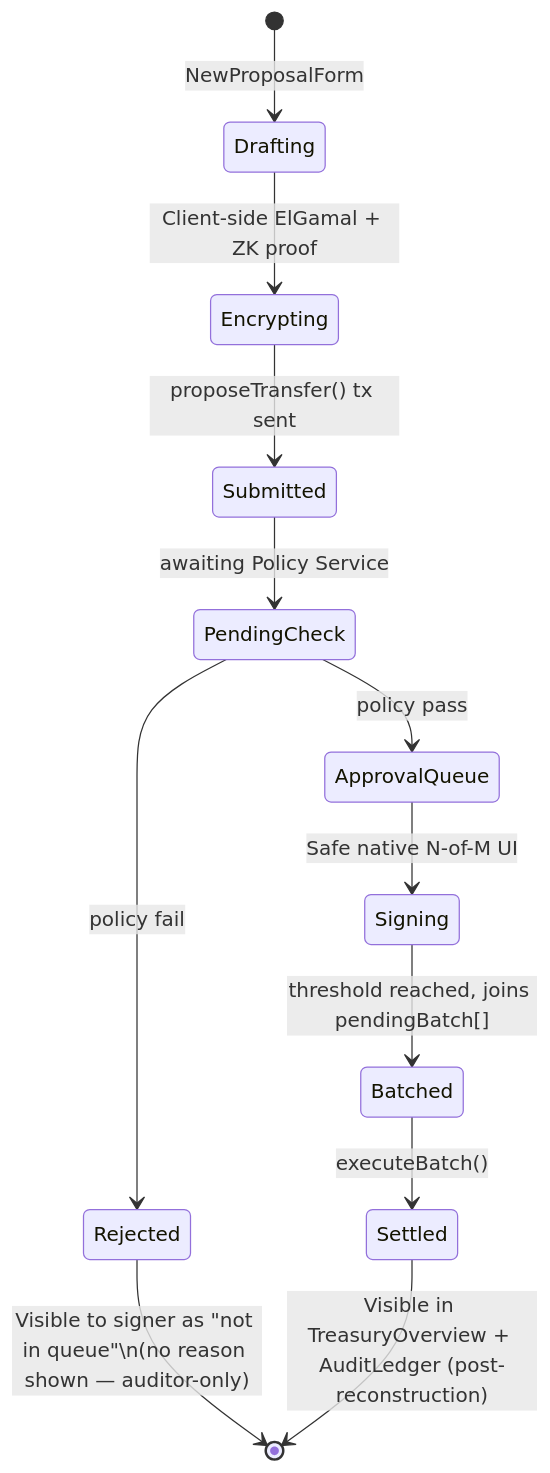
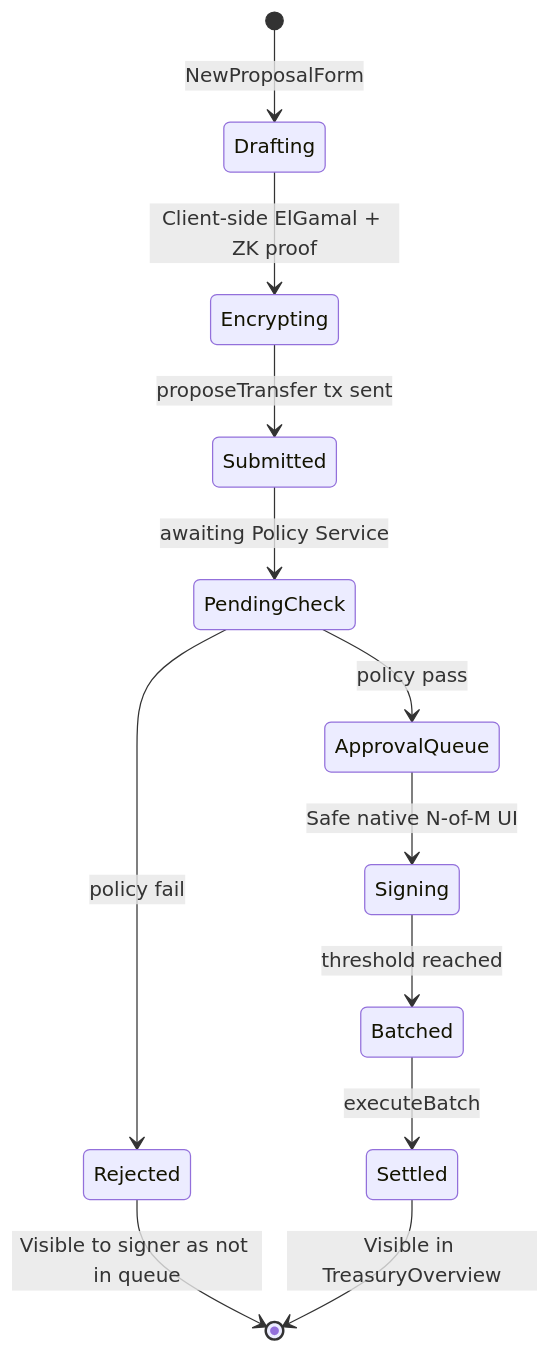
The sixth of 6 diagrams in README.md (Soujanya-Mctrl/Sentinel), drawn with Mermaid before and after one commit. The commit also changed other lines of this file, not shown here.

Commit message:
docs: update README mermaid diagrams to use flowchart syntax and refine textual descriptions

````diff
--- a/README.md
+++ b/README.md
@@ -153,17 +151,17 @@
 ```mermaid
 stateDiagram-v2
     [*] --> Drafting: NewProposalForm
     Drafting --> Encrypting: Client-side ElGamal + ZK proof
-    Encrypting --> Submitted: proposeTransfer() tx sent
+    Encrypting --> Submitted: proposeTransfer tx sent
     Submitted --> PendingCheck: awaiting Policy Service
 
     PendingCheck --> Rejected: policy fail
     PendingCheck --> ApprovalQueue: policy pass
 
-    Rejected --> [*]: Visible to signer as "not in queue"\n(no reason shown — auditor-only)
+    Rejected --> [*]: Visible to signer as not in queue
 
     ApprovalQueue --> Signing: Safe native N-of-M UI
-    Signing --> Batched: threshold reached, joins pendingBatch[]
-    Batched --> Settled: executeBatch()
-    Settled --> [*]: Visible in TreasuryOverview + AuditLedger (post-reconstruction)
+    Signing --> Batched: threshold reached
+    Batched --> Settled: executeBatch
+    Settled --> [*]: Visible in TreasuryOverview
 ```
````
